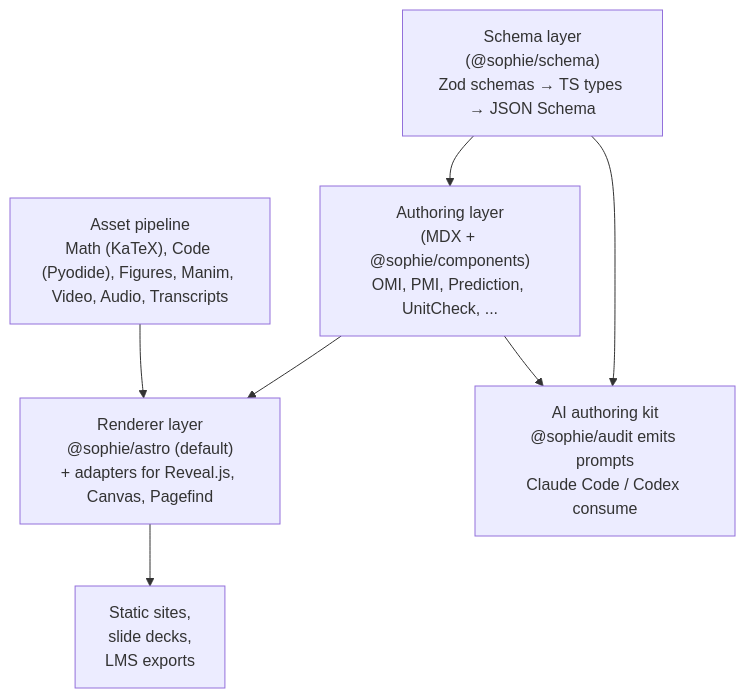
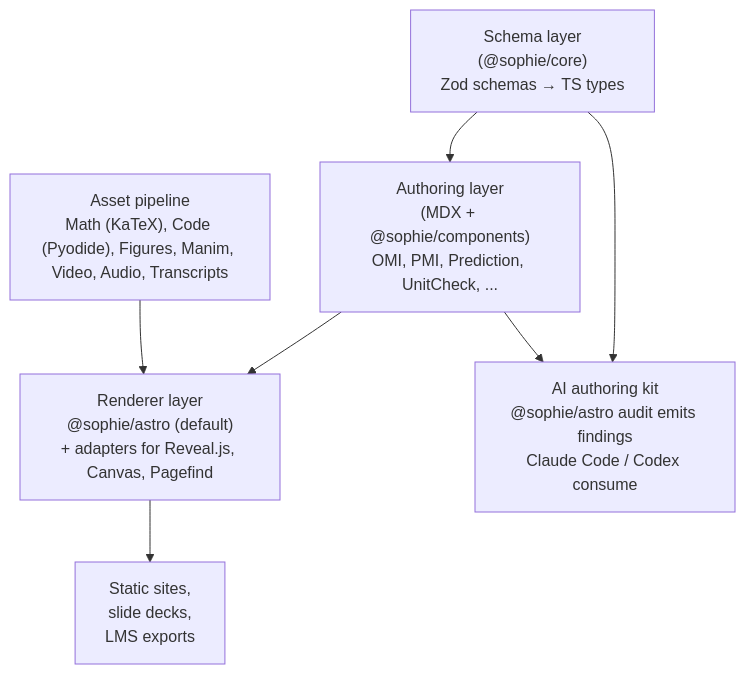
The diagram in docs/website/explanation/architecture.md (drannarosen/sophie), drawn with Mermaid before and after one commit. The commit also changed other lines of this file and 5 other files, not shown here.

````diff
--- a/docs/website/explanation/architecture.md
+++ b/docs/website/explanation/architecture.md
@@ -54,15 +54,15 @@
 ```{mermaid}
 flowchart TD
-    Schema["Schema layer<br/>(@sophie/schema)<br/>Zod schemas → TS types → JSON Schema"]
+    Schema["Schema layer<br/>(@sophie/core)<br/>Zod schemas → TS types"]
     Authoring["Authoring layer<br/>(MDX + @sophie/components)<br/>OMI, PMI, Prediction, UnitCheck, ..."]
     Assets["Asset pipeline<br/>Math (KaTeX), Code (Pyodide), Figures, Manim, Video, Audio, Transcripts"]
     Renderer["Renderer layer<br/>@sophie/astro (default)<br/>+ adapters for Reveal.js, Canvas, Pagefind"]
-    AI["AI authoring kit<br/>@sophie/audit emits prompts<br/>Claude Code / Codex consume"]
+    AI["AI authoring kit<br/>@sophie/astro audit emits findings<br/>Claude Code / Codex consume"]
 
     Schema --> Authoring
     Authoring --> Renderer
     Assets --> Renderer
     Schema --> AI
     Authoring --> AI
     Renderer --> Output["Static sites,<br/>slide decks,<br/>LMS exports"]
 ```
````
